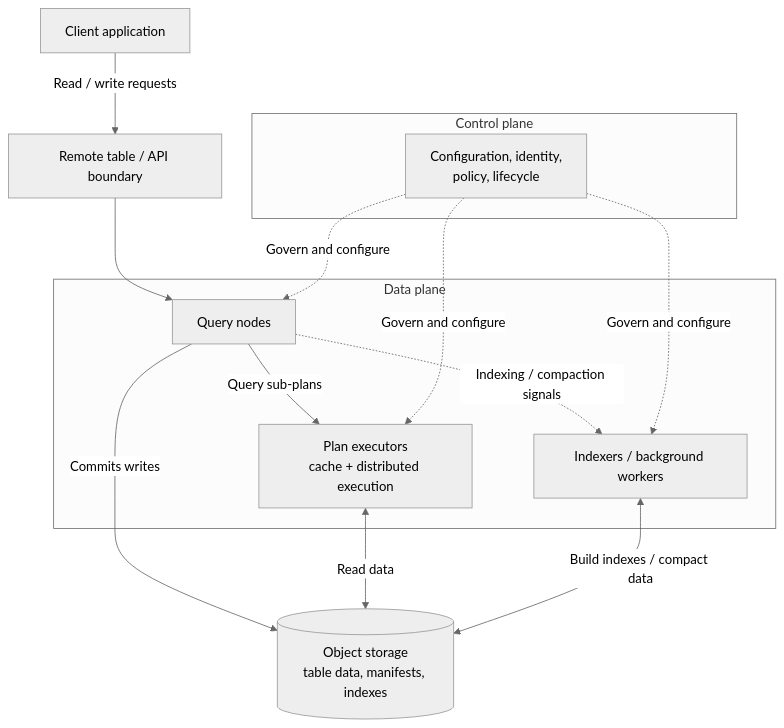
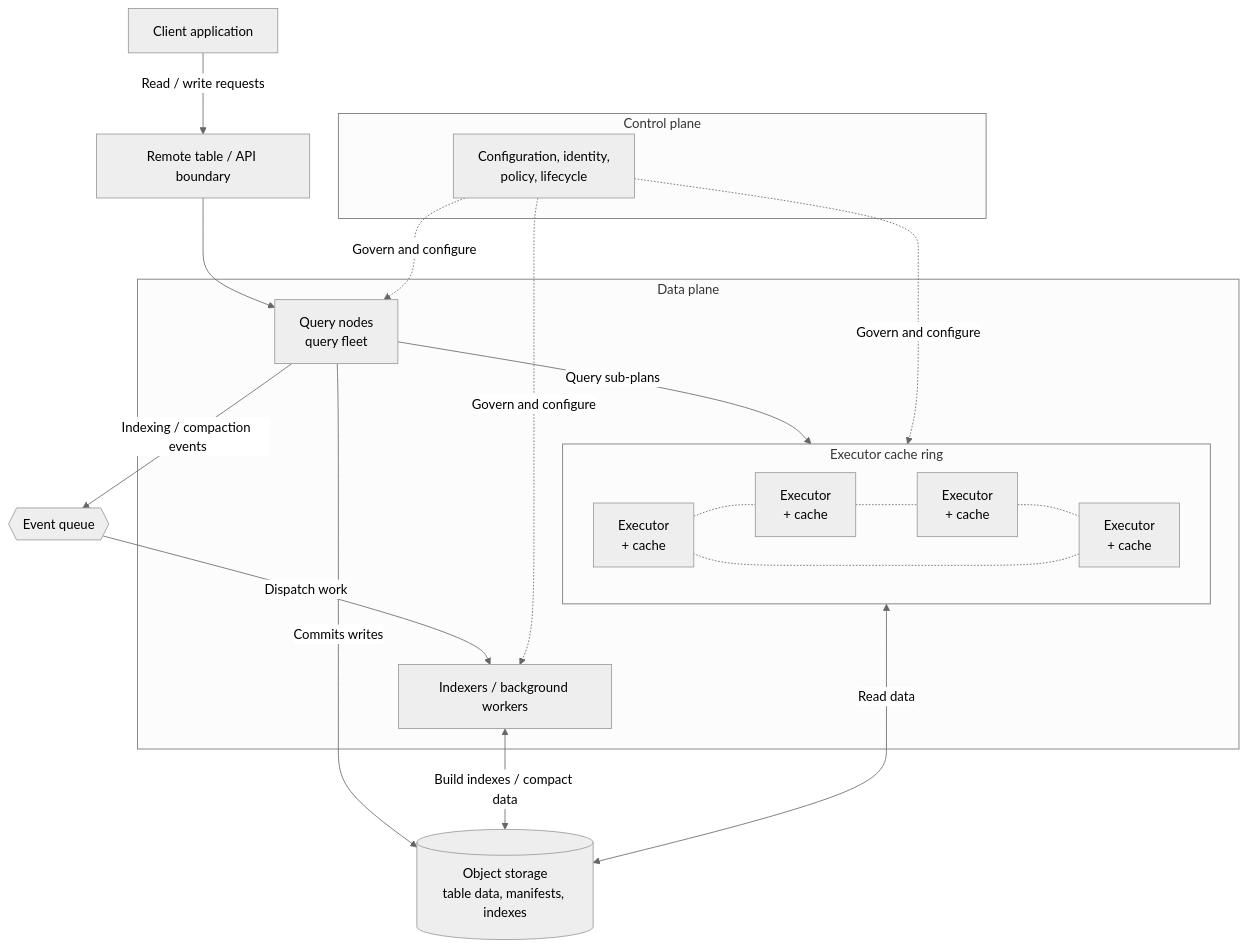
One commit to lancedb/docs changed the second of 2 diagrams in docs/enterprise/architecture.mdx. Above: the diagram before and after it, drawn with Mermaid (neutral theme). The commit also changed other lines of this file, not shown here.

Commit message:
Update arch diagram
Update diagram and remove "signals"

````diff
--- a/docs/enterprise/architecture.mdx
+++ b/docs/enterprise/architecture.mdx
@@ -49,28 +49,40 @@
 ```mermaid
 flowchart TB
     Client[Client application]
     Remote[Remote table / API boundary]
 
     subgraph DP[Data plane]
-        QN[Query nodes]
-        PE[Plan executors<br/>cache + distributed execution]
+        QN[Query nodes<br/>query fleet]
+
+        subgraph RING[Executor cache ring]
+            direction LR
+            PE1[Executor<br/>+ cache]
+            PE2[Executor<br/>+ cache]
+            PE3[Executor<br/>+ cache]
+            PE4[Executor<br/>+ cache]
+            PE1 -.- PE2 -.- PE3 -.- PE4 -.- PE1
+        end
+
         IX[Indexers / background workers]
     end
+
+    EQ{{Event queue}}
 
     subgraph CP[Control plane]
         CFG[Configuration, identity,<br/>policy, lifecycle]
     end
 
     OS[(Object storage<br/>table data, manifests, indexes)]
 
     Client -->|Read / write requests| Remote
     Remote --> QN
-    QN -->|Query sub-plans| PE
+    QN -->|Query sub-plans| RING
     QN -->|Commits writes| OS
-    PE <-->|Read data| OS
+    RING <-->|Read data| OS
     IX <-->|Build indexes / compact data| OS
-    QN -.->|Indexing / compaction signals| IX
+    QN -->|Indexing / compaction events| EQ
+    EQ -->|Dispatch work| IX
     CFG -.->|Govern and configure| QN
-    CFG -.->|Govern and configure| PE
+    CFG -.->|Govern and configure| RING
     CFG -.->|Govern and configure| IX
 ```
````
